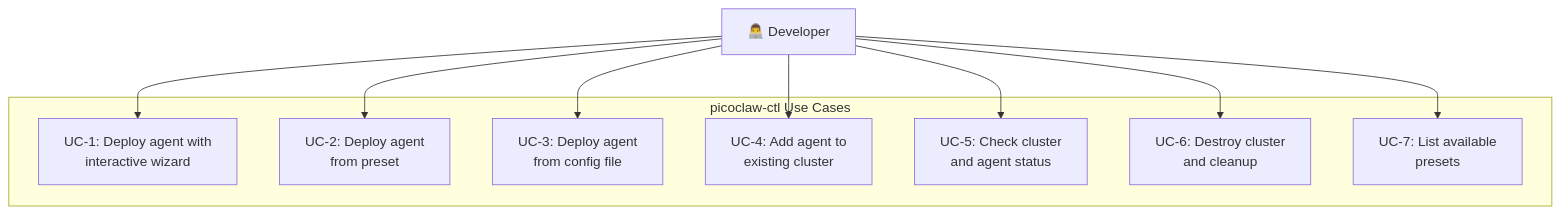
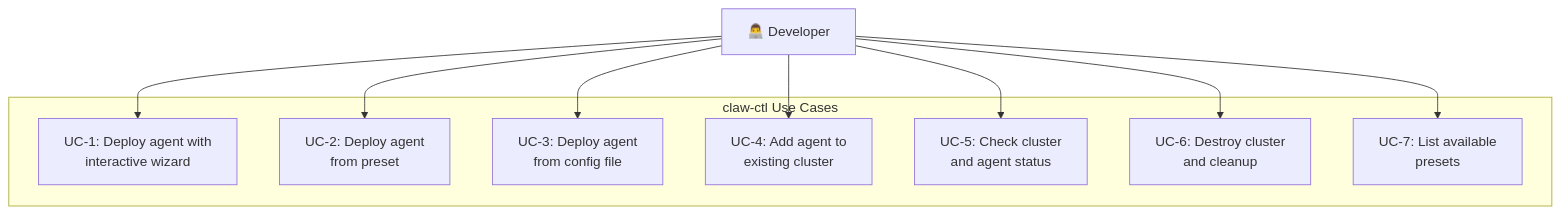
Before and after one commit to ai-agent-ship-it/claw-ctl: the second of 5 diagrams in docs/DESIGN.md, drawn with Mermaid. The commit also changed other lines of this file and 7 other files, not shown here.

Commit message:
refactor: rename picoclaw-ctl → claw-ctl across all files

````diff
--- a/docs/DESIGN.md
+++ b/docs/DESIGN.md
@@ -60,22 +60,22 @@
 ```mermaid
 graph TB
   DEV["👨‍💻 Developer"]
 
-  subgraph "picoclaw-ctl Use Cases"
+  subgraph "claw-ctl Use Cases"
     UC1["UC-1: Deploy agent with<br/>interactive wizard"]
     UC2["UC-2: Deploy agent<br/>from preset"]
     UC3["UC-3: Deploy agent<br/>from config file"]
     UC4["UC-4: Add agent to<br/>existing cluster"]
     UC5["UC-5: Check cluster<br/>and agent status"]
     UC6["UC-6: Destroy cluster<br/>and cleanup"]
     UC7["UC-7: List available<br/>presets"]
   end
 
   DEV --> UC1
   DEV --> UC2
   DEV --> UC3
   DEV --> UC4
   DEV --> UC5
   DEV --> UC6
   DEV --> UC7
 ```
````
